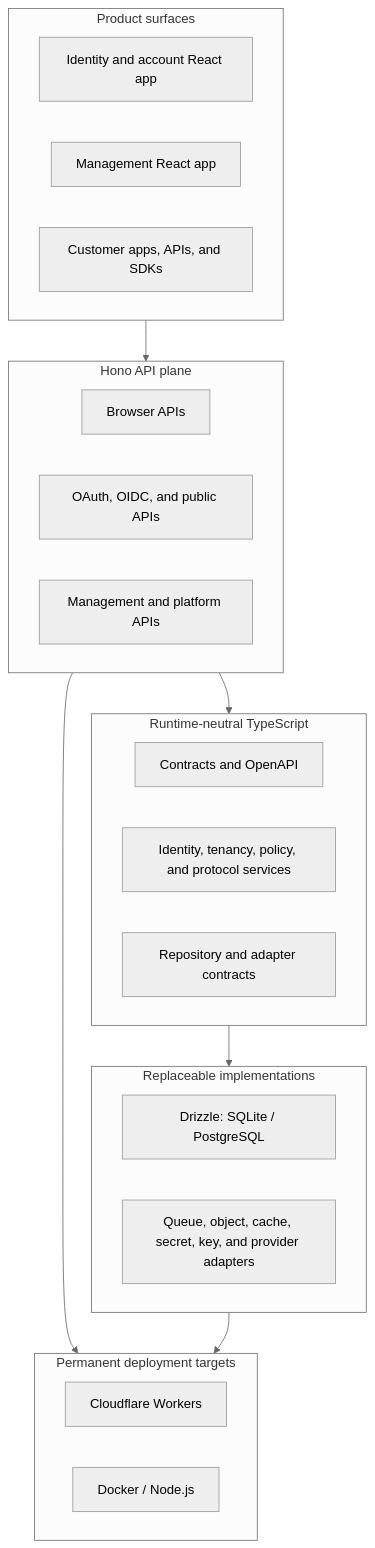
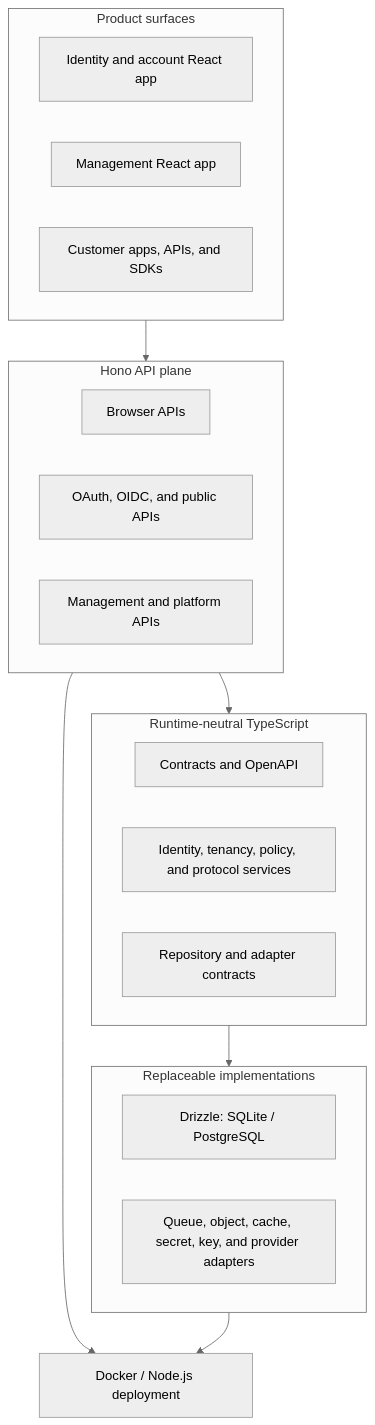
One commit to ExpressThat/Auth changed the diagram in README.md. Above: the diagram before and after it, drawn with Mermaid (neutral theme). The commit also changed other lines of this file and 80 other files, not shown here.

Commit message:
refactor(deployment): make Docker the sole runtime [DEC-024]

````diff
--- a/README.md
+++ b/README.md
@@ -134,36 +128,33 @@
 ```mermaid
 flowchart TB
   subgraph clients["Product surfaces"]
     identity["Identity and account React app"]
     management["Management React app"]
     integrations["Customer apps, APIs, and SDKs"]
   end
 
   subgraph api["Hono API plane"]
     browserApi["Browser APIs"]
     publicApi["OAuth, OIDC, and public APIs"]
     managementApi["Management and platform APIs"]
   end
 
   subgraph core["Runtime-neutral TypeScript"]
     contracts["Contracts and OpenAPI"]
     domain["Identity, tenancy, policy, and protocol services"]
     ports["Repository and adapter contracts"]
   end
 
   subgraph infrastructure["Replaceable implementations"]
     data["Drizzle: SQLite / PostgreSQL"]
     services["Queue, object, cache, secret, key, and provider adapters"]
   end
 
-  subgraph targets["Permanent deployment targets"]
-    workers["Cloudflare Workers"]
-    docker["Docker / Node.js"]
-  end
+  docker["Docker / Node.js deployment"]
 
   clients --> api
   api --> core
   core --> infrastructure
-  api --> targets
-  infrastructure --> targets
+  api --> docker
+  infrastructure --> docker
 ```
````
